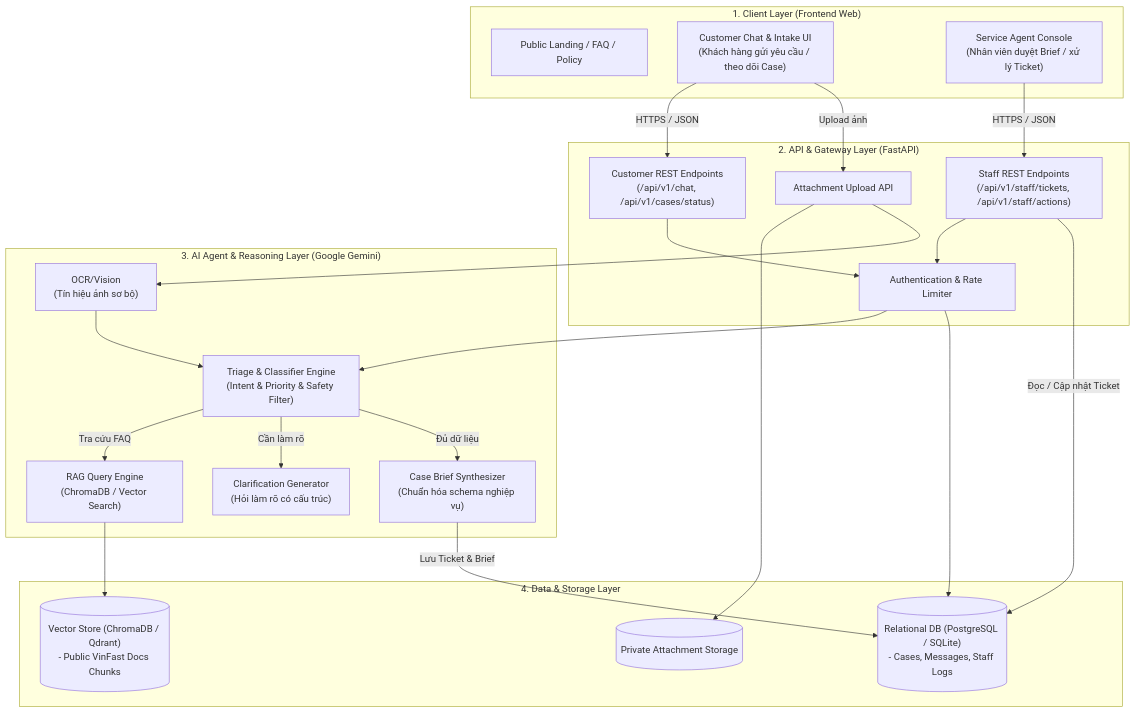
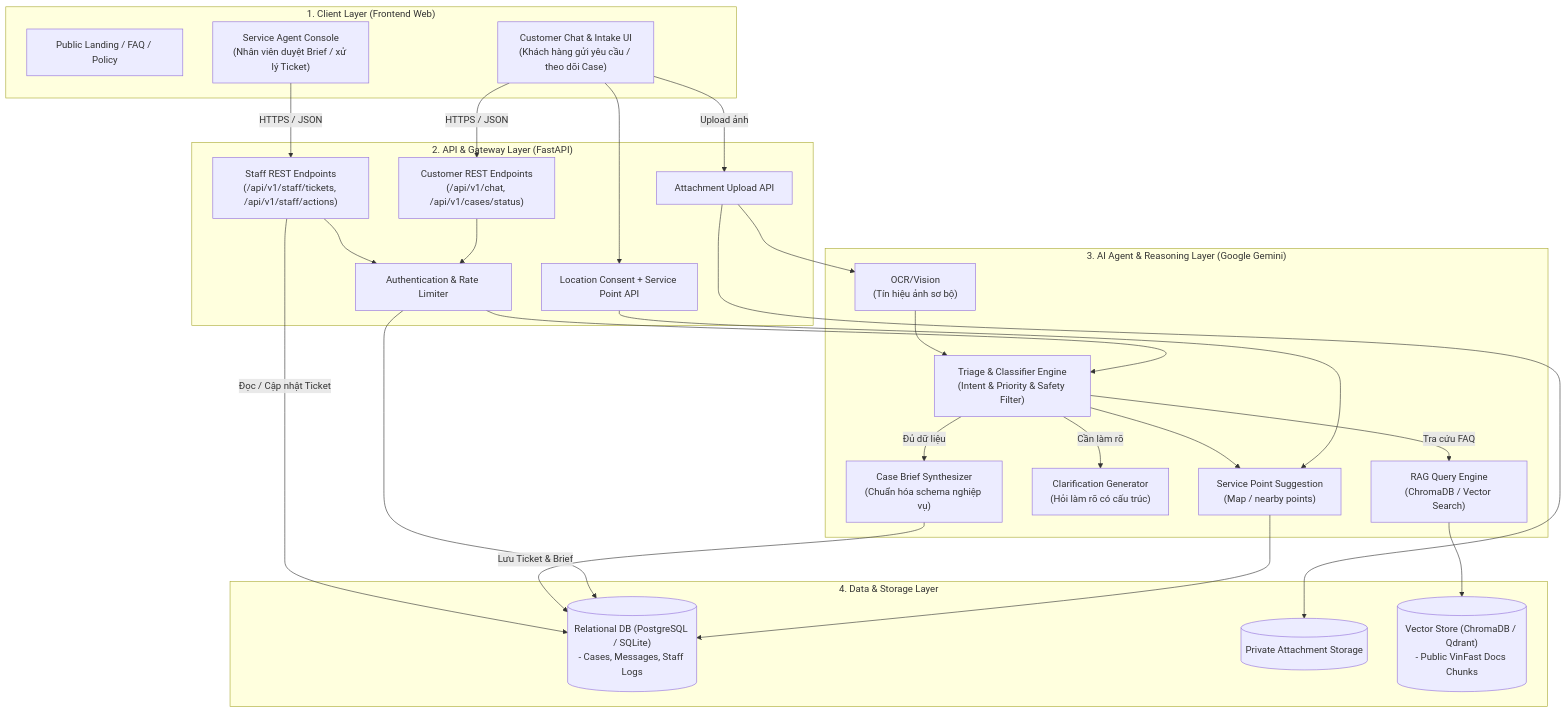
The diagram in docs/architecture/system-overview.md (TheViet298/viet-ai), drawn with Mermaid before and after one commit. The commit also changed other lines of this file and 442 other files, not shown here.

````diff
--- a/docs/architecture/system-overview.md
+++ b/docs/architecture/system-overview.md
@@ -11,51 +11,57 @@
 ```mermaid
 graph TD
     subgraph Client Layer ["1. Client Layer (Frontend Web)"]
         PublicUI["Public Landing / FAQ / Policy"]
         CustomerUI["Customer Chat & Intake UI\n(Khách hàng gửi yêu cầu / theo dõi Case)"]
         StaffConsole["Service Agent Console\n(Nhân viên duyệt Brief / xử lý Ticket)"]
     end
 
     subgraph APILayer ["2. API & Gateway Layer (FastAPI)"]
         CustomerAPI["Customer REST Endpoints\n(/api/v1/chat, /api/v1/cases/status)"]
         StaffAPI["Staff REST Endpoints\n(/api/v1/staff/tickets, /api/v1/staff/actions)"]
         AuthMiddleware["Authentication & Rate Limiter"]
         UploadAPI["Attachment Upload API"]
+        LocationAPI["Location Consent + Service Point API"]
     end
 
     subgraph AgentLayer ["3. AI Agent & Reasoning Layer (Google Gemini)"]
         TriageEngine["Triage & Classifier Engine\n(Intent & Priority & Safety Filter)"]
         VisionEngine["OCR/Vision\n(Tín hiệu ảnh sơ bộ)"]
+        ServicePointEngine["Service Point Suggestion\n(Map / nearby points)"]
         ClarificationEngine["Clarification Generator\n(Hỏi làm rõ có cấu trúc)"]
         BriefGenerator["Case Brief Synthesizer\n(Chuẩn hóa schema nghiệp vụ)"]
         RAGRouter["RAG Query Engine\n(ChromaDB / Vector Search)"]
     end
 
     subgraph DataLayer ["4. Data & Storage Layer"]
         PostgreSQL[("Relational DB (PostgreSQL / SQLite)\n- Cases, Messages, Staff Logs")]
         AttachmentStore[("Private Attachment Storage")]
         VectorStore[("Vector Store (ChromaDB / Qdrant)\n- Public VinFast Docs Chunks")]
     end
 
     %% Connections
     CustomerUI -->|HTTPS / JSON| CustomerAPI
     CustomerUI -->|Upload ảnh| UploadAPI
     UploadAPI --> AttachmentStore
     UploadAPI --> VisionEngine
+    CustomerUI --> LocationAPI
+    LocationAPI --> ServicePointEngine
     StaffConsole -->|HTTPS / JSON| StaffAPI
 
     CustomerAPI --> AuthMiddleware
     StaffAPI --> AuthMiddleware
 
     AuthMiddleware --> TriageEngine
     VisionEngine --> TriageEngine
+    TriageEngine --> ServicePointEngine
+    ServicePointEngine --> PostgreSQL
     AuthMiddleware --> PostgreSQL
 
     TriageEngine -->|Tra cứu FAQ| RAGRouter
     RAGRouter --> VectorStore
     TriageEngine -->|Cần làm rõ| ClarificationEngine
     TriageEngine -->|Đủ dữ liệu| BriefGenerator
 
     BriefGenerator -->|Lưu Ticket & Brief| PostgreSQL
     StaffAPI -->|Đọc / Cập nhật Ticket| PostgreSQL
 ```
````
